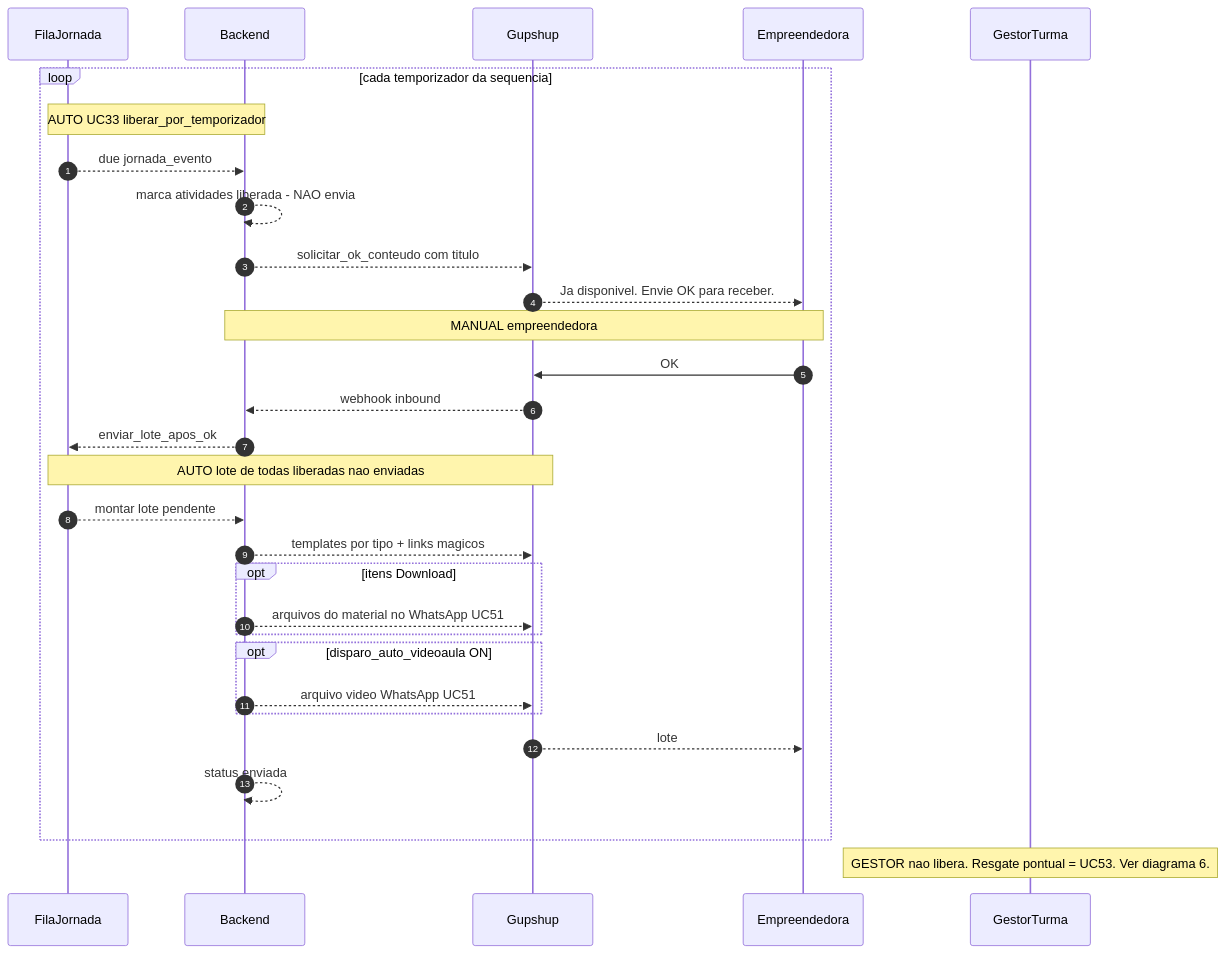
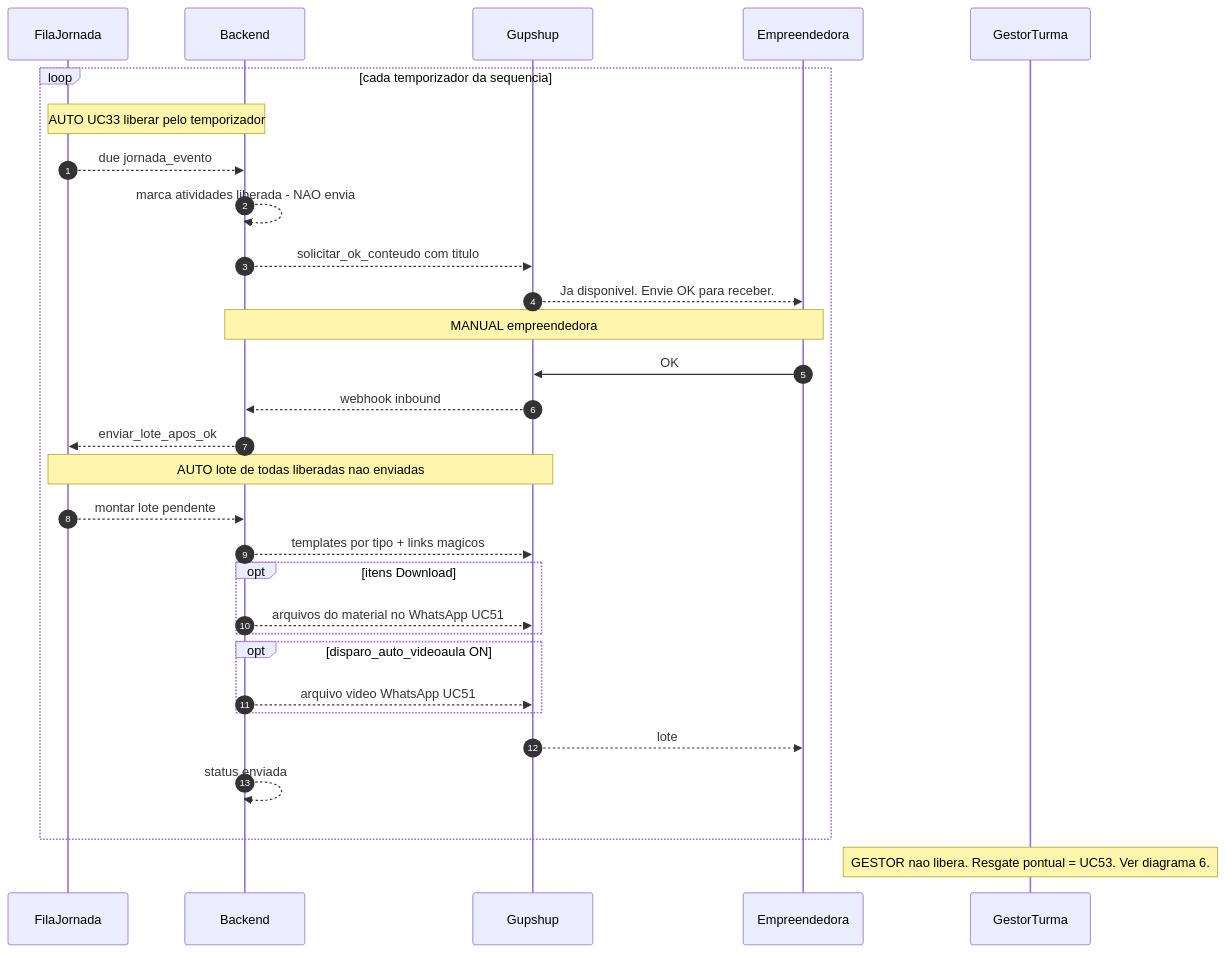
One commit to luciorogeriosp/cm_documentacao changed the fourth of 9 diagrams in docs/jornadas/online.md. Above: the diagram before and after it, drawn with Mermaid. The commit also changed other lines of this file and 76 other files, not shown here.

````diff
--- a/docs/jornadas/online.md
+++ b/docs/jornadas/online.md
@@ -195,36 +195,36 @@
 ```mermaid
 sequenceDiagram
   autonumber
   participant FilaJornada
   participant Backend
   participant Gupshup
   participant Empreendedora
   participant GestorTurma
 
   loop cada temporizador da sequencia
-    Note over FilaJornada,Backend: AUTO UC33 liberar_por_temporizador
+    Note over FilaJornada,Backend: AUTO UC33 liberar pelo temporizador
     FilaJornada -->> Backend: due jornada_evento
     Backend -->> Backend: marca atividades liberada - NAO envia
     Backend -->> Gupshup: solicitar_ok_conteudo com titulo
     Gupshup -->> Empreendedora: Ja disponivel. Envie OK para receber.
 
     Note over Empreendedora,Backend: MANUAL empreendedora
     Empreendedora ->> Gupshup: OK
     Gupshup -->> Backend: webhook inbound
     Backend -->> FilaJornada: enviar_lote_apos_ok
 
     Note over FilaJornada,Gupshup: AUTO lote de todas liberadas nao enviadas
     FilaJornada -->> Backend: montar lote pendente
     Backend -->> Gupshup: templates por tipo + links magicos
     opt itens Download
       Backend -->> Gupshup: arquivos do material no WhatsApp UC51
     end
     opt disparo_auto_videoaula ON
       Backend -->> Gupshup: arquivo video WhatsApp UC51
     end
     Gupshup -->> Empreendedora: lote
     Backend -->> Backend: status enviada
   end
 
   Note over GestorTurma: GESTOR nao libera. Resgate pontual = UC53. Ver diagrama 6.
 ```
````
